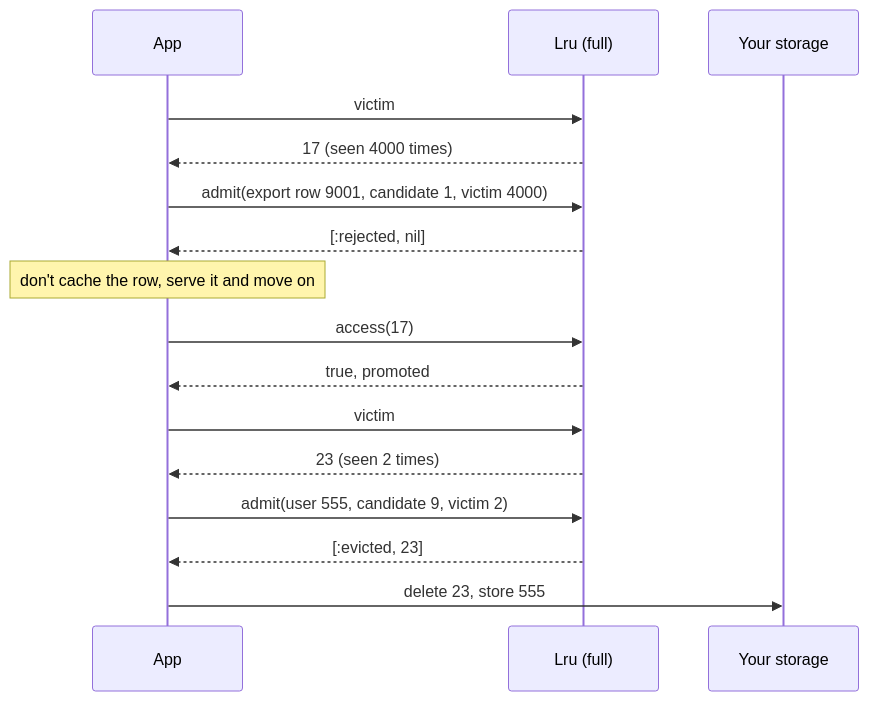
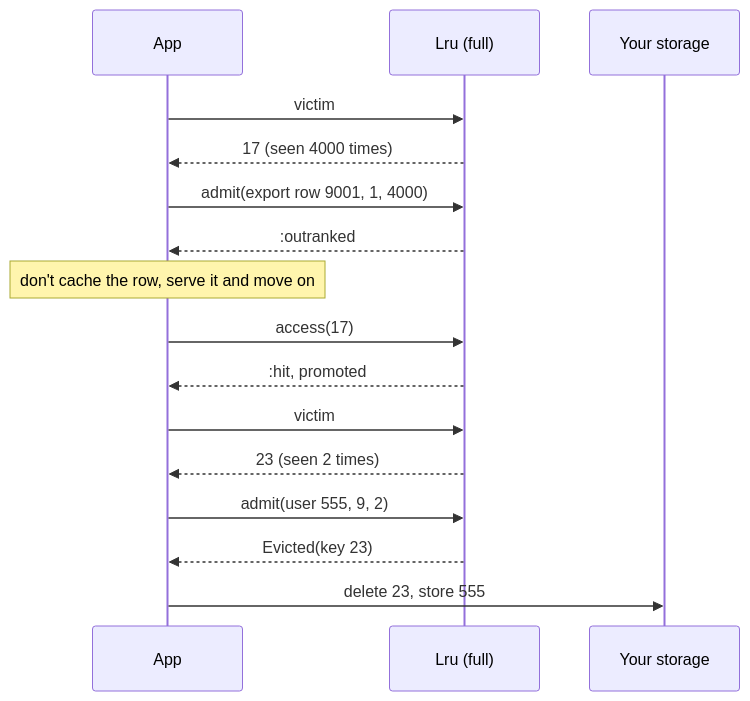
Before and after one commit to seuros/cache_machines: the second of 2 diagrams in README.md, drawn with Mermaid. The commit also changed other lines of this file and 9 other files, not shown here.

First line of the commit message:
feat!: answer Refusal/Access/Removal, admit never loses an eviction, Evicted validated, sealed and resolved at load

````diff
--- a/README.md
+++ b/README.md
@@ -69,21 +70,21 @@
 ```mermaid
 sequenceDiagram
     participant App
     participant Bay as Lru (full)
     participant Store as Your storage
 
     App->>Bay: victim
     Bay-->>App: 17 (seen 4000 times)
-    App->>Bay: admit(export row 9001, candidate 1, victim 4000)
-    Bay-->>App: [:rejected, nil]
+    App->>Bay: admit(export row 9001, 1, 4000)
+    Bay-->>App: :outranked
     Note over App: don't cache the row, serve it and move on
 
     App->>Bay: access(17)
-    Bay-->>App: true, promoted
+    Bay-->>App: :hit, promoted
 
     App->>Bay: victim
     Bay-->>App: 23 (seen 2 times)
-    App->>Bay: admit(user 555, candidate 9, victim 2)
-    Bay-->>App: [:evicted, 23]
+    App->>Bay: admit(user 555, 9, 2)
+    Bay-->>App: Evicted(key 23)
     App->>Store: delete 23, store 555
 ```
````
